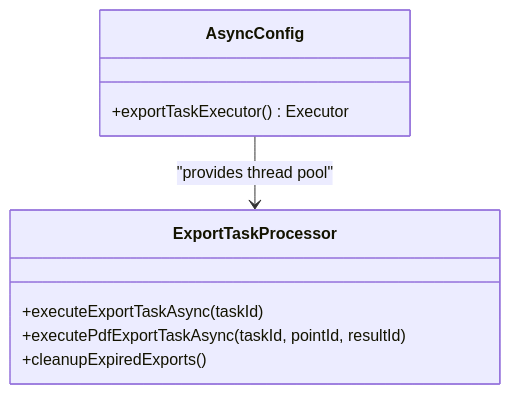
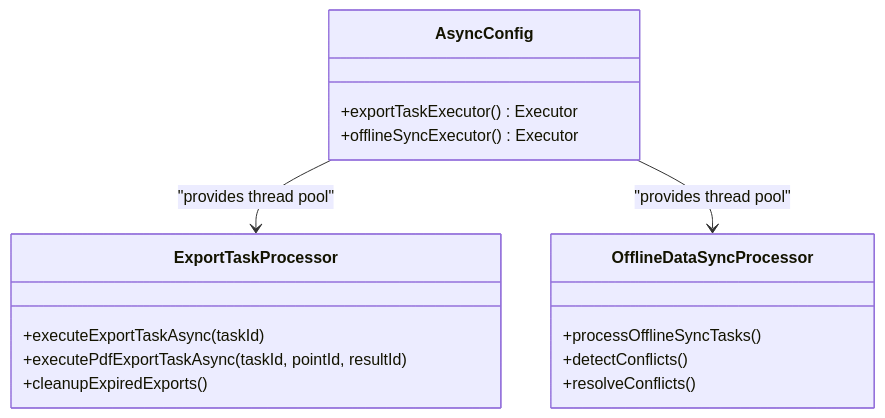
The eighth of 10 diagrams in .qoder/repowiki/en/content/Export & Reporting/Export & Reporting.md (bo961386926/Survey-App), drawn with Mermaid before and after one commit. The commit also changed other lines of this file and 25 other files, not shown here.

````diff
--- a/.qoder/repowiki/en/content/Export & Reporting/Export & Reporting.md
+++ b/.qoder/repowiki/en/content/Export & Reporting/Export & Reporting.md
@@ -337,12 +413,19 @@
 ```mermaid
 classDiagram
 class AsyncConfig {
 +exportTaskExecutor() Executor
++offlineSyncExecutor() Executor
 }
 class ExportTaskProcessor {
 +executeExportTaskAsync(taskId)
 +executePdfExportTaskAsync(taskId, pointId, resultId)
 +cleanupExpiredExports()
 }
+class OfflineDataSyncProcessor {
++processOfflineSyncTasks()
++detectConflicts()
++resolveConflicts()
+}
 AsyncConfig --> ExportTaskProcessor : "provides thread pool"
+AsyncConfig --> OfflineDataSyncProcessor : "provides thread pool"
 ```
````
